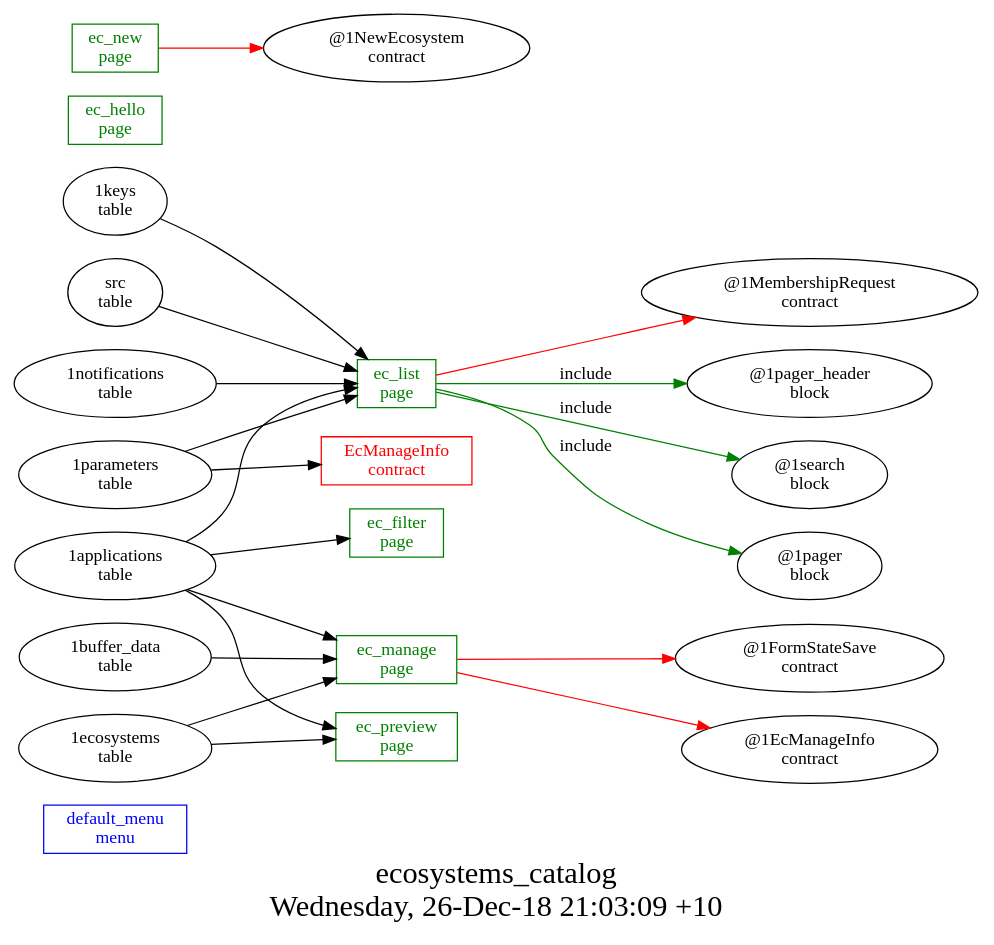
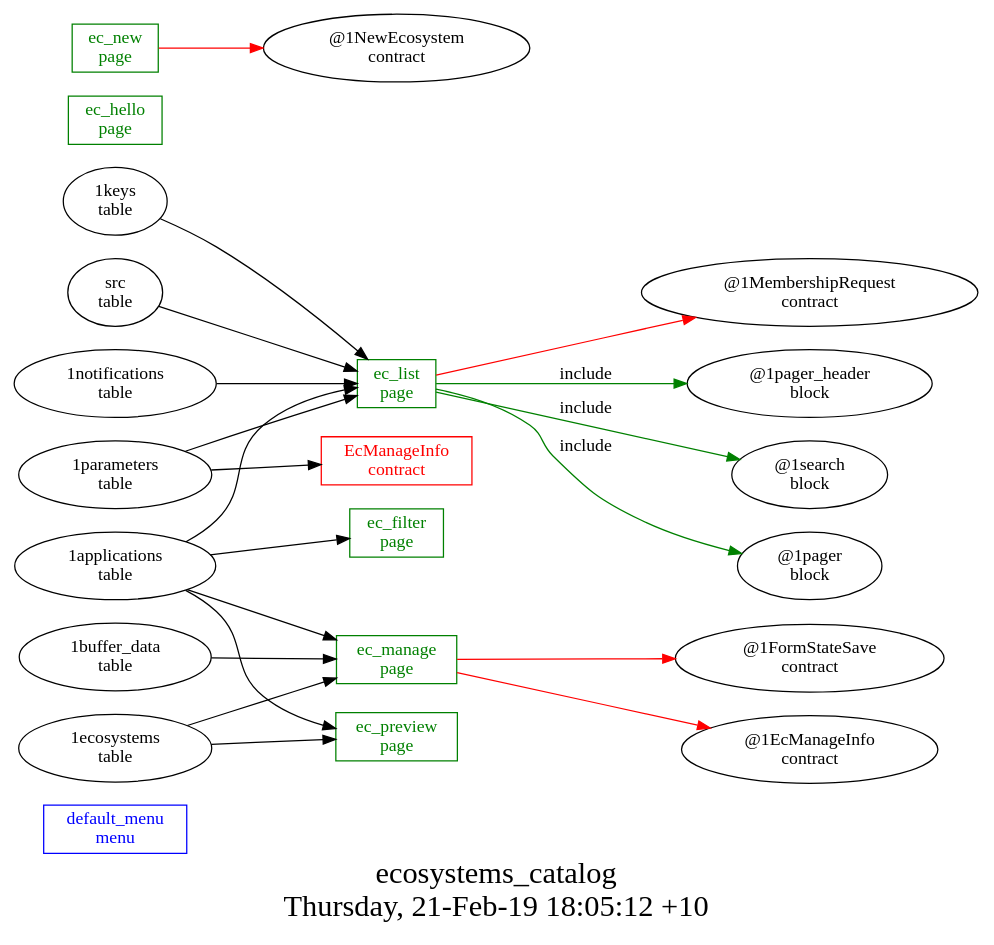
Before and after one commit to AplaProject/apps: the diagram in platform_apps/ecosystems_catalog/struct.dot, drawn with Graphviz. The commit also changed 21 other files, not shown here.

```diff
--- a/platform_apps/ecosystems_catalog/struct.dot
+++ b/platform_apps/ecosystems_catalog/struct.dot
@@ -1,35 +1,35 @@
 digraph G {
 fontsize="24";
-label="ecosystems_catalog\nWednesday, 26-Dec-18 21:03:09 +10";
+label="ecosystems_catalog\nThursday, 21-Feb-19 18:05:12 +10";
 nojustify=true;
 ordering=out;
 rankdir=LR;
 size="30";
 "default_menu\nmenu" [color=blue, fontcolor=blue, group=menus, shape=record];
 "1applications\ntable" -> "ec_filter\npage"
 "ec_filter\npage" [color=green, fontcolor=green, group=pages, shape=record];
 "ec_hello\npage" [color=green, fontcolor=green, group=pages, shape=record];
 "ec_list\npage" -> "@1MembershipRequest\ncontract"  [ color=red ]
 "1applications\ntable" -> "ec_list\npage"
 "src\ntable" -> "ec_list\npage"
 "1notifications\ntable" -> "ec_list\npage"
 "1keys\ntable" -> "ec_list\npage"
 "1parameters\ntable" -> "ec_list\npage"
 "ec_list\npage" -> "@1pager_header\nblock"  [ color=green, label=include ]
 "ec_list\npage" -> "@1search\nblock"  [ color=green, label=include ]
 "ec_list\npage" -> "@1pager\nblock"  [ color=green, label=include ]
 "ec_list\npage" [color=green, fontcolor=green, group=pages, shape=record];
 "ec_manage\npage" -> "@1FormStateSave\ncontract"  [ color=red ]
 "ec_manage\npage" -> "@1EcManageInfo\ncontract"  [ color=red ]
 "1applications\ntable" -> "ec_manage\npage"
 "1buffer_data\ntable" -> "ec_manage\npage"
 "1ecosystems\ntable" -> "ec_manage\npage"
 "ec_manage\npage" [color=green, fontcolor=green, group=pages, shape=record];
 "ec_new\npage" -> "@1NewEcosystem\ncontract"  [ color=red ]
 "ec_new\npage" [color=green, fontcolor=green, group=pages, shape=record];
 "1applications\ntable" -> "ec_preview\npage"
 "1ecosystems\ntable" -> "ec_preview\npage"
 "ec_preview\npage" [color=green, fontcolor=green, group=pages, shape=record];
 "1parameters\ntable" -> "EcManageInfo\ncontract"
 "EcManageInfo\ncontract" [color=red, fontcolor=red, group=contracts, shape=record];
 }
```
